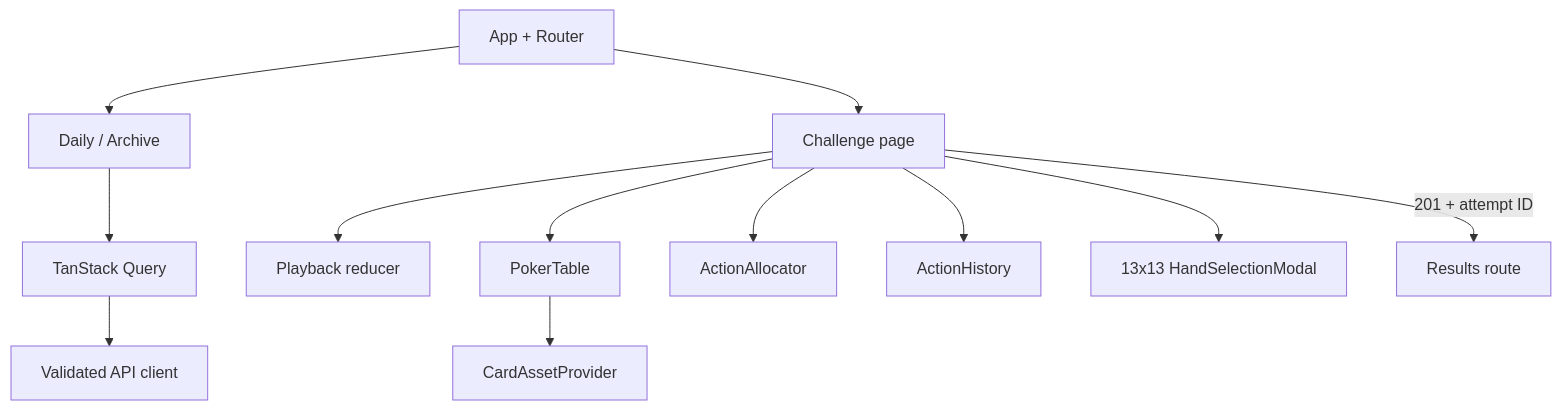
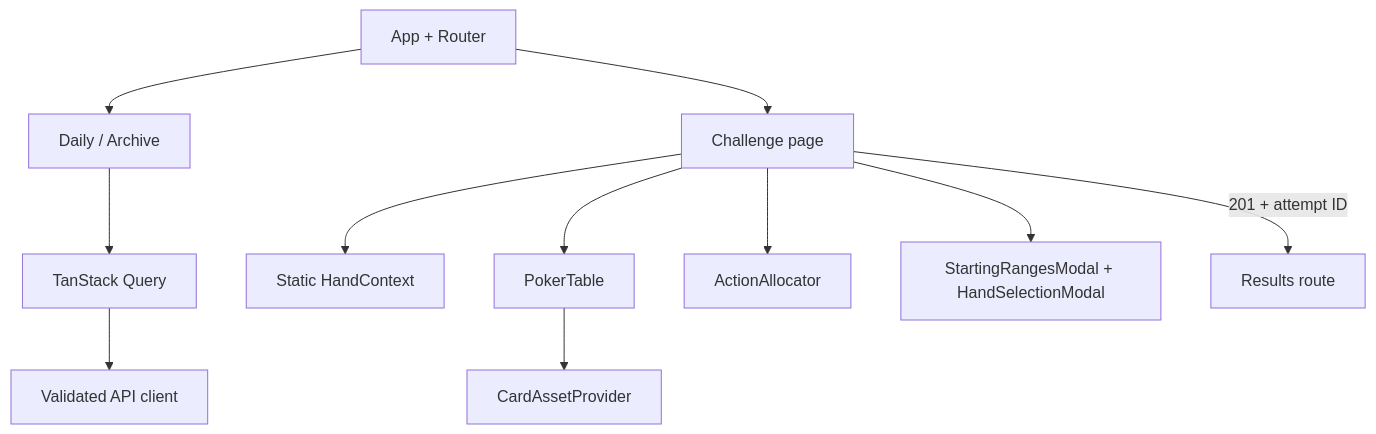
Before and after one commit to AnvithPabba/GTO-Poker-Daily-Spots-Front-End: the first of 4 diagrams in frontend-structure.md, drawn with Mermaid. The commit also changed other lines of this file and 18 other files, not shown here.

Commit message:
feat(frontend): clarify challenge context and poker-room layout

````diff
--- a/frontend-structure.md
+++ b/frontend-structure.md
@@ -15,14 +15,13 @@
 ```mermaid
 flowchart TD
     App[App + Router] --> Daily[Daily / Archive]
     App --> Challenge[Challenge page]
-    Challenge --> Playback[Playback reducer]
+    Challenge --> Context[Static HandContext]
     Challenge --> Table[PokerTable]
     Challenge --> Allocator[ActionAllocator]
-    Challenge --> History[ActionHistory]
-    Challenge --> Range[13x13 HandSelectionModal]
+    Challenge --> Range[StartingRangesModal + HandSelectionModal]
     Challenge -->|201 + attempt ID| Results[Results route]
     Daily --> Query[TanStack Query]
     Query --> API[Validated API client]
     Table --> Cards[CardAssetProvider]
 ```
````
